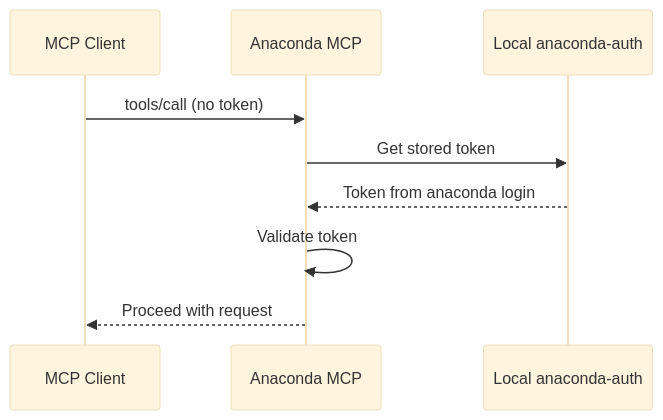
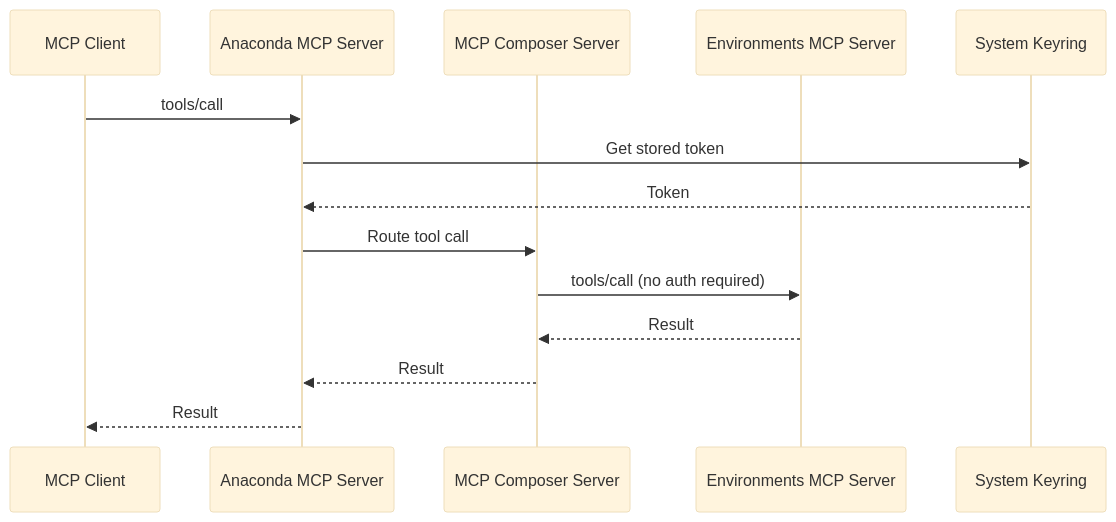
One commit to anaconda/anaconda-mcp changed the fifth of 6 diagrams in docs/ARCHITECTURE.md. Above: the diagram before and after it, drawn with Mermaid (base theme). The commit also changed other lines of this file, not shown here.

Commit message:
docs: fixes for the architecture document

````diff
--- a/docs/ARCHITECTURE.md
+++ b/docs/ARCHITECTURE.md
@@ -192,12 +214,17 @@
 ```mermaid
 sequenceDiagram
     participant Client as MCP Client
-    participant Gateway as Anaconda MCP
-    participant Local as Local anaconda-auth
+    participant Anaconda as Anaconda MCP Server
+    participant Composer as MCP Composer Server
+    participant ENV as Environments MCP Server
+    participant Keyring as System Keyring
 
-    Client->>Gateway: tools/call (no token)
-    Gateway->>Local: Get stored token
-    Local-->>Gateway: Token from anaconda login
-    Gateway->>Gateway: Validate token
-    Gateway-->>Client: Proceed with request
+    Client->>Anaconda: tools/call
+    Anaconda->>Keyring: Get stored token
+    Keyring-->>Anaconda: Token
+    Anaconda->>Composer: Route tool call
+    Composer->>ENV: tools/call (no auth required)
+    ENV-->>Composer: Result
+    Composer-->>Anaconda: Result
+    Anaconda-->>Client: Result
 ```
````
